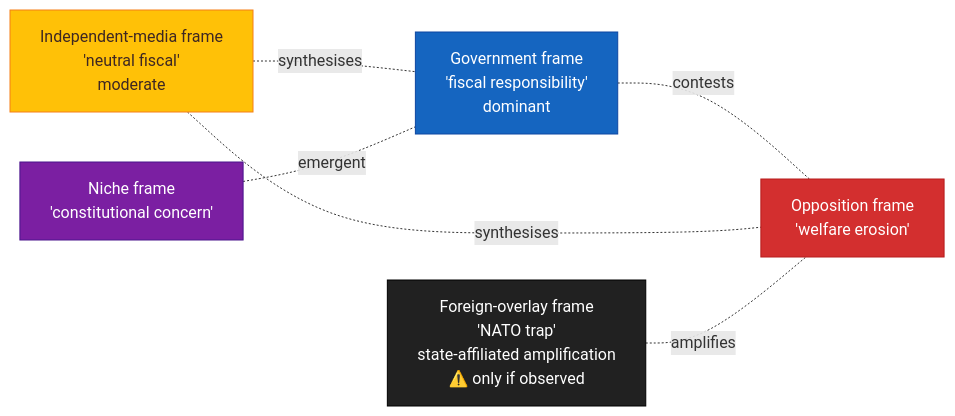
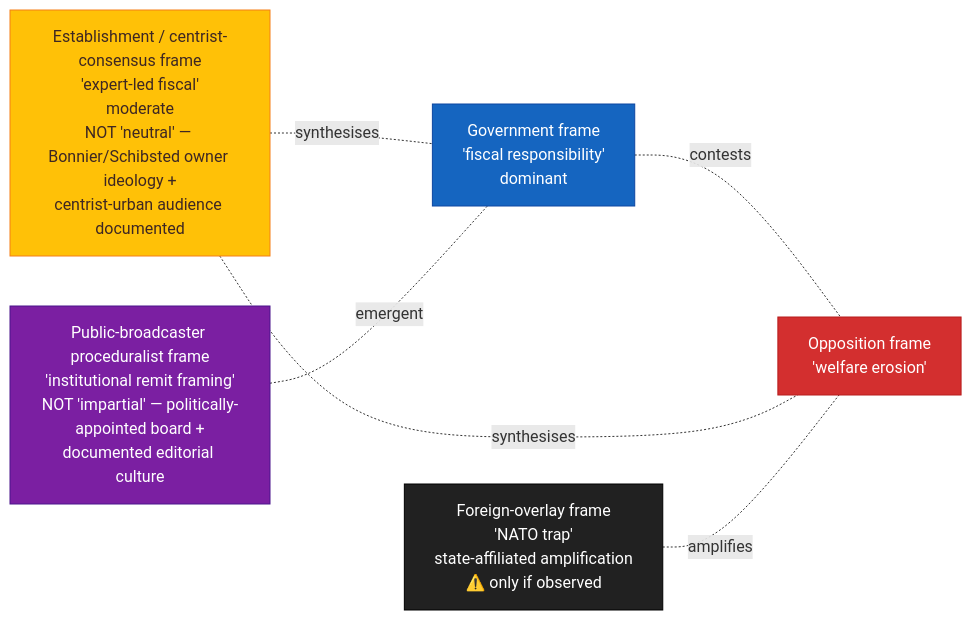
One commit to Hack23/riksdagsmonitor changed the sixth of 9 diagrams in analysis/methodologies/electoral-domain-methodology.md. Above: the diagram before and after it, drawn with Mermaid. The commit also changed other lines of this file and 8 other files, not shown here.

First line of the commit message:
media-framing v2.1: no-neutral-media doctrine, Outlet Bias Audit, no neutral algorithm

````diff
--- a/analysis/methodologies/electoral-domain-methodology.md
+++ b/analysis/methodologies/electoral-domain-methodology.md
@@ -348,20 +348,20 @@
 ```mermaid
 graph LR
     classDef gov fill:#1565C0,stroke:#0D47A1,color:#FFFFFF
     classDef opp fill:#D32F2F,stroke:#B71C1C,color:#FFFFFF
-    classDef indep fill:#FFC107,stroke:#F57F17,color:#3E2723
-    classDef niche fill:#7B1FA2,stroke:#4A148C,color:#FFFFFF
+    classDef establishment fill:#FFC107,stroke:#F57F17,color:#3E2723
+    classDef proceduralist fill:#7B1FA2,stroke:#4A148C,color:#FFFFFF
     classDef foreign fill:#212121,stroke:#000000,color:#FFFFFF
 
     F1[Government frame<br/>'fiscal responsibility'<br/>dominant]:::gov
     F2[Opposition frame<br/>'welfare erosion']:::opp
-    F3[Independent-media frame<br/>'neutral fiscal'<br/>moderate]:::indep
-    F4[Niche frame<br/>'constitutional concern']:::niche
+    F3[Establishment / centrist-consensus frame<br/>'expert-led fiscal'<br/>moderate<br/>NOT 'neutral' — Bonnier/Schibsted owner ideology +<br/>centrist-urban audience documented]:::establishment
+    F4[Public-broadcaster proceduralist frame<br/>'institutional remit framing'<br/>NOT 'impartial' — politically-appointed board +<br/>documented editorial culture]:::proceduralist
     F5[Foreign-overlay frame<br/>'NATO trap'<br/>state-affiliated amplification<br/>⚠️ only if observed]:::foreign
 
     F1 -.contests.- F2
     F3 -.synthesises.- F1
     F3 -.synthesises.- F2
     F4 -.emergent.- F1
     F5 -.amplifies.- F2
 ```
````
